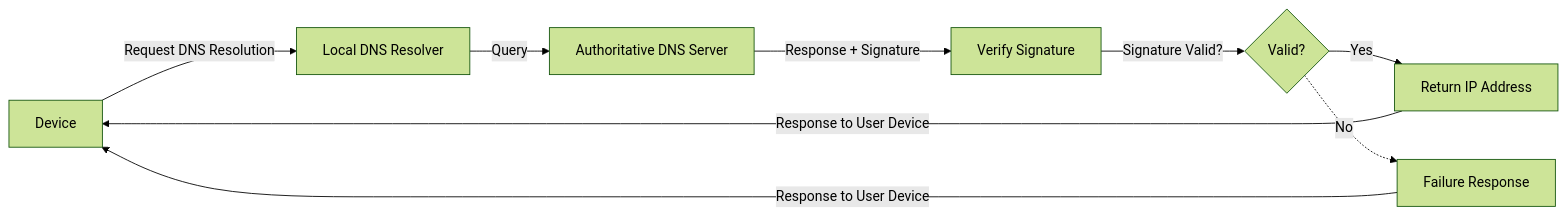
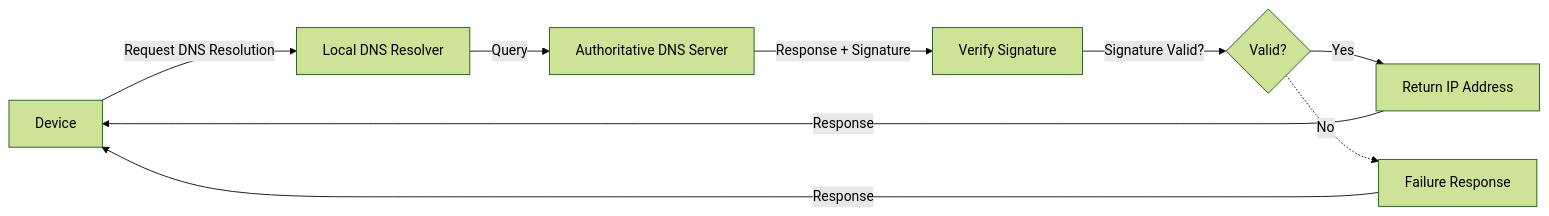
The fourth of 4 diagrams in content/_index.md (JayRovacsek/ncsg-presentation-august-2024), drawn with Mermaid (forest theme) before and after one commit. The commit also changed other lines of this file and 7 other files, not shown here.

````diff
--- a/content/_index.md
+++ b/content/_index.md
@@ -124,11 +168,11 @@
 ```mermaid
 flowchart LR
     A[Device] -->|Request DNS Resolution| B[Local DNS Resolver]
     B -->|Query| C[Authoritative DNS Server]
     C -->|Response + Signature| D[Verify Signature]
     D -->|Signature Valid?| E{Valid?}
     E -->|Yes| F[Return IP Address]
     E -.->|No| G[Failure Response]
-    F -->|Response to User Device| A
-    G -->|Response to User Device| A
+    F -->|Response| A
+    G -->|Response| A
 ```
````
